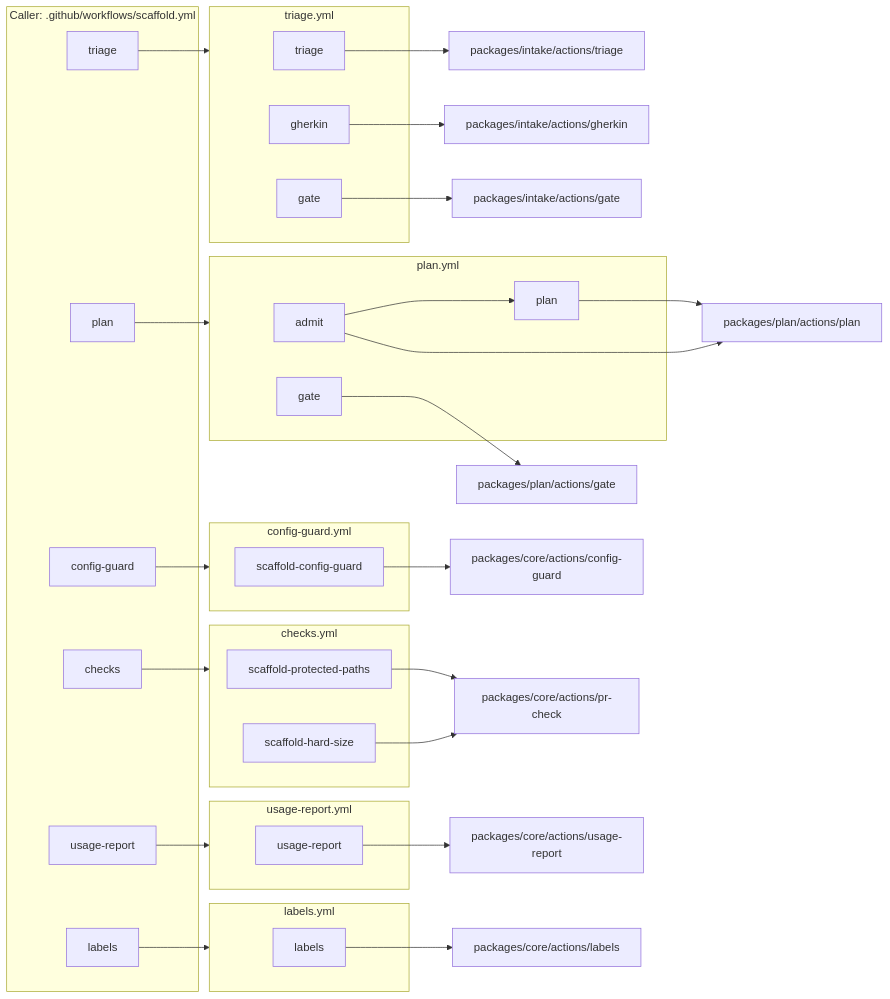
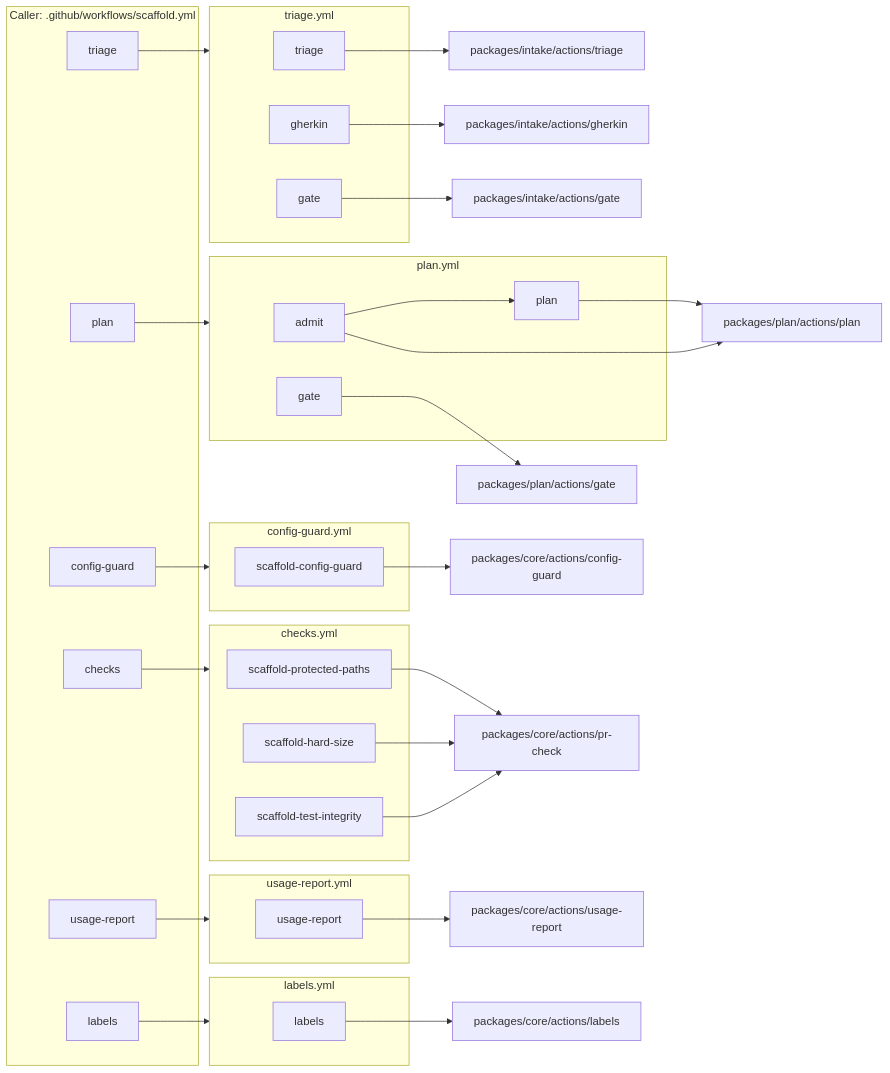
Before and after one commit to JackWP1/scaffold: the second of 2 diagrams in docs/diagrams/architecture.md, drawn with Mermaid. The commit also changed 15 other files, not shown here.

First line of the commit message:
Slice 3: test integrity baseline check

````diff
--- a/docs/diagrams/architecture.md
+++ b/docs/diagrams/architecture.md
@@ -88,52 +88,54 @@
 ```mermaid
 flowchart LR
   subgraph caller["Caller: .github/workflows/scaffold.yml"]
     c_triage["triage"]
     c_plan["plan"]
     c_config_guard["config-guard"]
     c_checks["checks"]
     c_usage_report["usage-report"]
     c_labels["labels"]
   end
   subgraph w_checks_yml["checks.yml"]
     w_checks_yml_scaffold_protected_paths["scaffold-protected-paths"]
     w_checks_yml_scaffold_hard_size["scaffold-hard-size"]
+    w_checks_yml_scaffold_test_integrity["scaffold-test-integrity"]
   end
   subgraph w_config_guard_yml["config-guard.yml"]
     w_config_guard_yml_scaffold_config_guard["scaffold-config-guard"]
   end
   subgraph w_labels_yml["labels.yml"]
     w_labels_yml_labels["labels"]
   end
   subgraph w_plan_yml["plan.yml"]
     w_plan_yml_admit["admit"]
     w_plan_yml_plan["plan"]
     w_plan_yml_admit --> w_plan_yml_plan
     w_plan_yml_gate["gate"]
   end
   subgraph w_triage_yml["triage.yml"]
     w_triage_yml_triage["triage"]
     w_triage_yml_gherkin["gherkin"]
     w_triage_yml_gate["gate"]
   end
   subgraph w_usage_report_yml["usage-report.yml"]
     w_usage_report_yml_usage_report["usage-report"]
   end
   c_triage --> w_triage_yml
   c_plan --> w_plan_yml
   c_config_guard --> w_config_guard_yml
   c_checks --> w_checks_yml
   c_usage_report --> w_usage_report_yml
   c_labels --> w_labels_yml
   w_checks_yml_scaffold_protected_paths --> a_packages_core_actions_pr_check["packages/core/actions/pr-check"]
   w_checks_yml_scaffold_hard_size --> a_packages_core_actions_pr_check["packages/core/actions/pr-check"]
+  w_checks_yml_scaffold_test_integrity --> a_packages_core_actions_pr_check["packages/core/actions/pr-check"]
   w_config_guard_yml_scaffold_config_guard --> a_packages_core_actions_config_guard["packages/core/actions/config-guard"]
   w_labels_yml_labels --> a_packages_core_actions_labels["packages/core/actions/labels"]
   w_plan_yml_admit --> a_packages_plan_actions_plan["packages/plan/actions/plan"]
   w_plan_yml_plan --> a_packages_plan_actions_plan["packages/plan/actions/plan"]
   w_plan_yml_gate --> a_packages_plan_actions_gate["packages/plan/actions/gate"]
   w_triage_yml_triage --> a_packages_intake_actions_triage["packages/intake/actions/triage"]
   w_triage_yml_gherkin --> a_packages_intake_actions_gherkin["packages/intake/actions/gherkin"]
   w_triage_yml_gate --> a_packages_intake_actions_gate["packages/intake/actions/gate"]
   w_usage_report_yml_usage_report --> a_packages_core_actions_usage_report["packages/core/actions/usage-report"]
 ```
````
